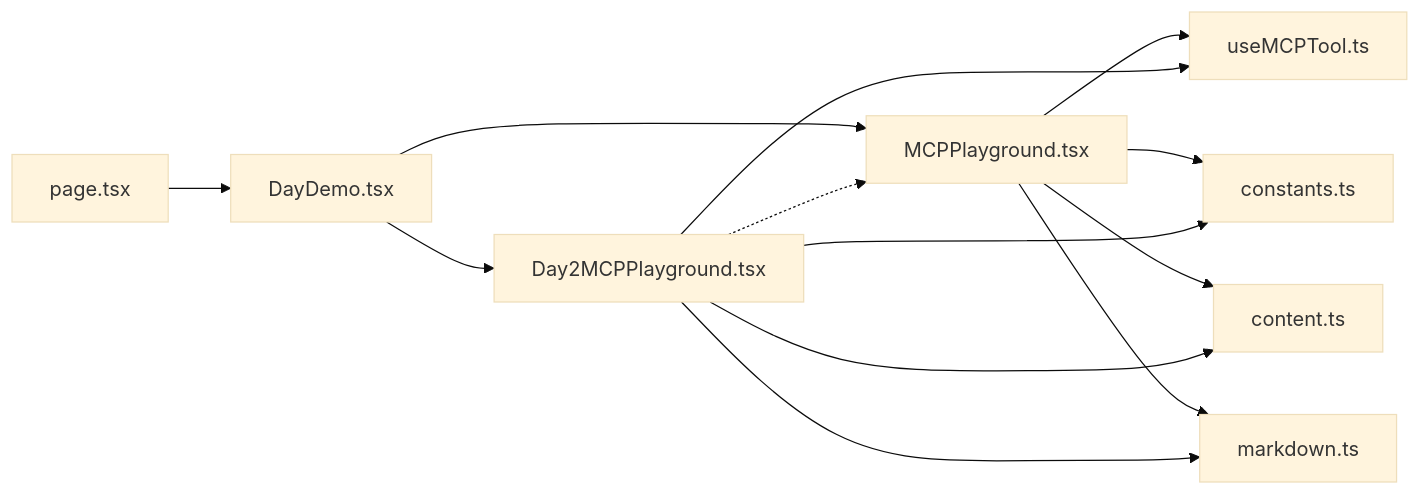
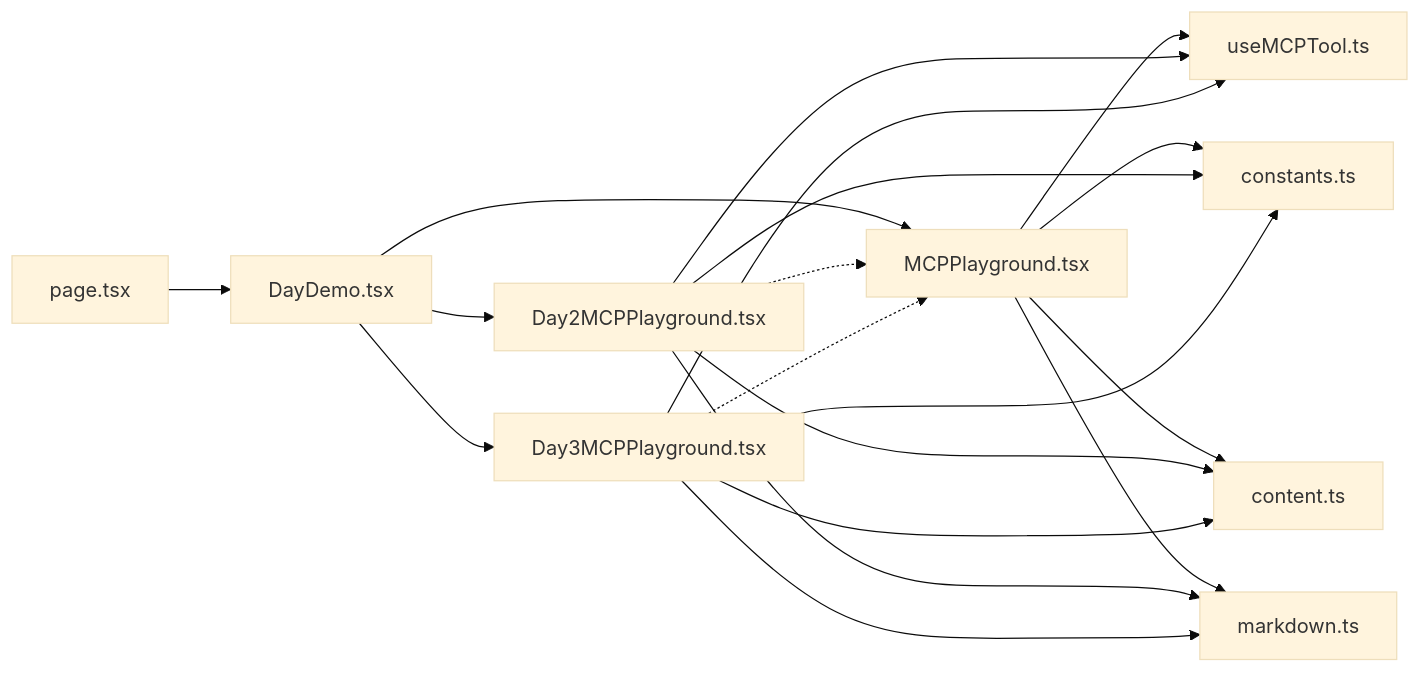
One commit to Leslie-Chuan/classic-example changed the third of 3 diagrams in .qoder/repowiki/zh/content/UI组件/MCPPlayground组件.md. Above: the diagram before and after it, drawn with Mermaid (base theme). The commit also changed other lines of this file and 45 other files, not shown here.

````diff
--- a/.qoder/repowiki/zh/content/UI组件/MCPPlayground组件.md
+++ b/.qoder/repowiki/zh/content/UI组件/MCPPlayground组件.md
@@ -311,15 +391,21 @@
 ```mermaid
 graph LR
 P["page.tsx"] --> D["DayDemo.tsx"]
 D --> M["MCPPlayground.tsx"]
 D --> M2["Day2MCPPlayground.tsx"]
+D --> M3["Day3MCPPlayground.tsx"]
 M --> H["useMCPTool.ts"]
 M2 --> H
+M3 --> H
 M --> C["constants.ts"]
 M2 --> C
+M3 --> C
 M --> N["content.ts"]
 M2 --> N
+M3 --> N
 M --> MD["markdown.ts"]
 M2 --> MD
+M3 --> MD
 M2 -.-> M
+M3 -.-> M
 ```
````
